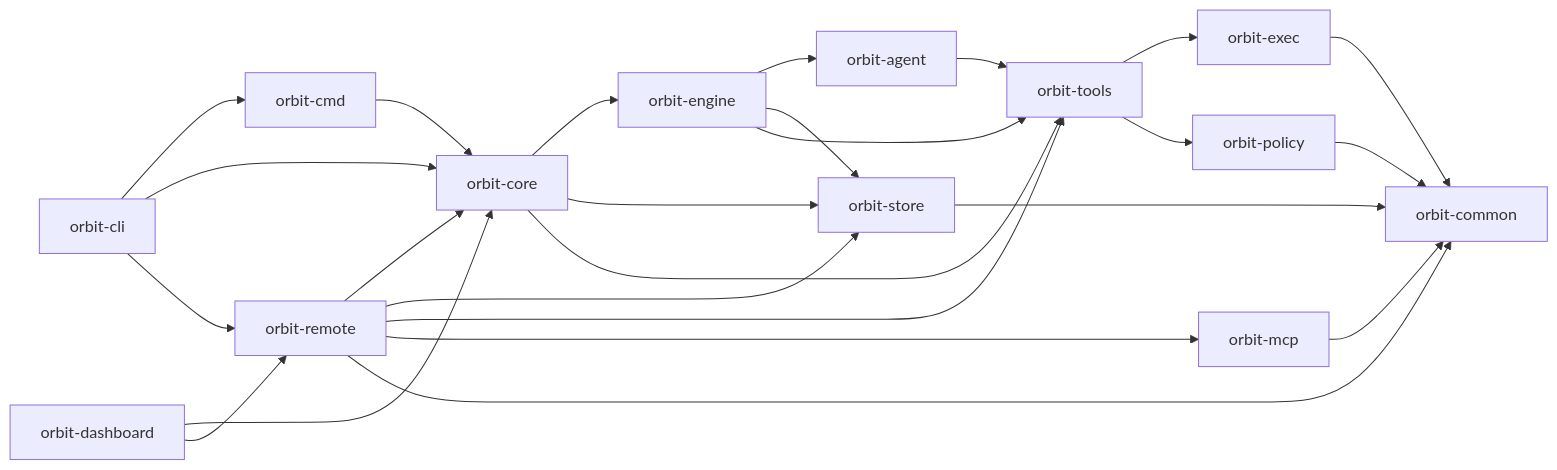
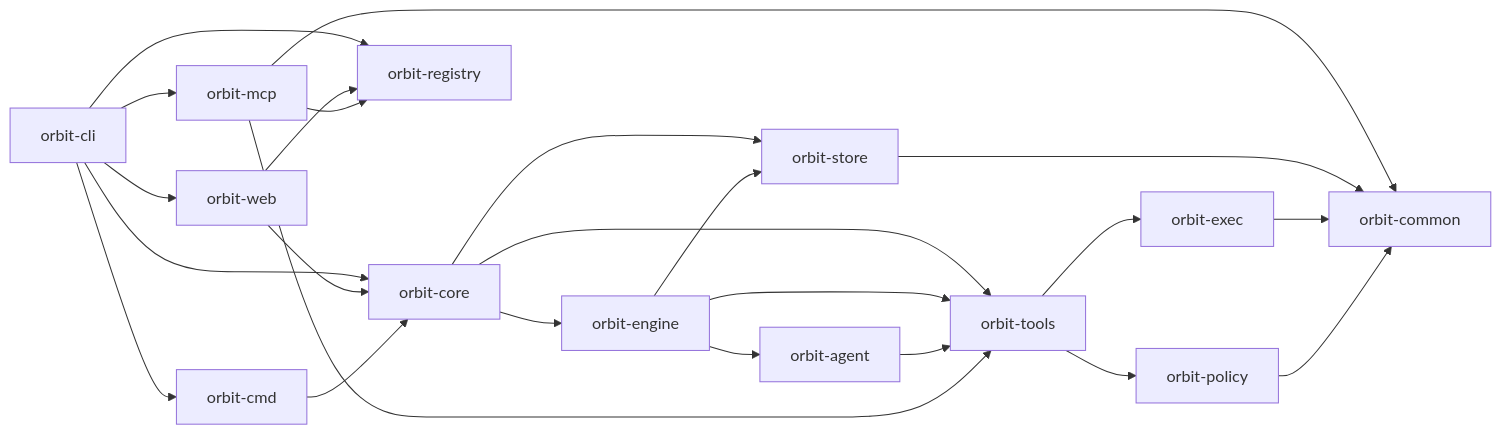
Before and after one commit to danieljhkim/orbit: the diagram in website/src/content/docs/contributing/crate-layout.md, drawn with Mermaid. The commit also changed other lines of this file and 137 other files, not shown here.

````diff
--- a/website/src/content/docs/contributing/crate-layout.md
+++ b/website/src/content/docs/contributing/crate-layout.md
@@ -29,27 +29,26 @@
 ```mermaid
 flowchart LR
   CLI["orbit-cli"] --> Cmd["orbit-cmd"]
   CLI --> Core["orbit-core"]
-  CLI --> Remote["orbit-remote"]
-  Dashboard["orbit-dashboard"] --> Core
-  Dashboard --> Remote
+  CLI --> MCP["orbit-mcp"]
+  CLI --> Registry["orbit-registry"]
+  CLI --> Web["orbit-web"]
+  Web --> Core
+  Web --> Registry
   Cmd --> Core
   Core --> Engine["orbit-engine"]
   Core --> Store["orbit-store"]
   Core --> Tools["orbit-tools"]
   Engine --> Agent["orbit-agent"]
   Engine --> Store
   Engine --> Tools
   Agent --> Tools
   Tools --> Exec["orbit-exec"]
   Tools --> Policy["orbit-policy"]
-  Remote --> Core
-  Remote --> Store
-  Remote --> Tools
-  Remote --> MCP["orbit-mcp"]
-  Remote --> Common["orbit-common"]
+  MCP --> Registry
+  MCP --> Tools
   MCP --> Common["orbit-common"]
   Store --> Common
   Exec --> Common
   Policy --> Common
 ```
````
